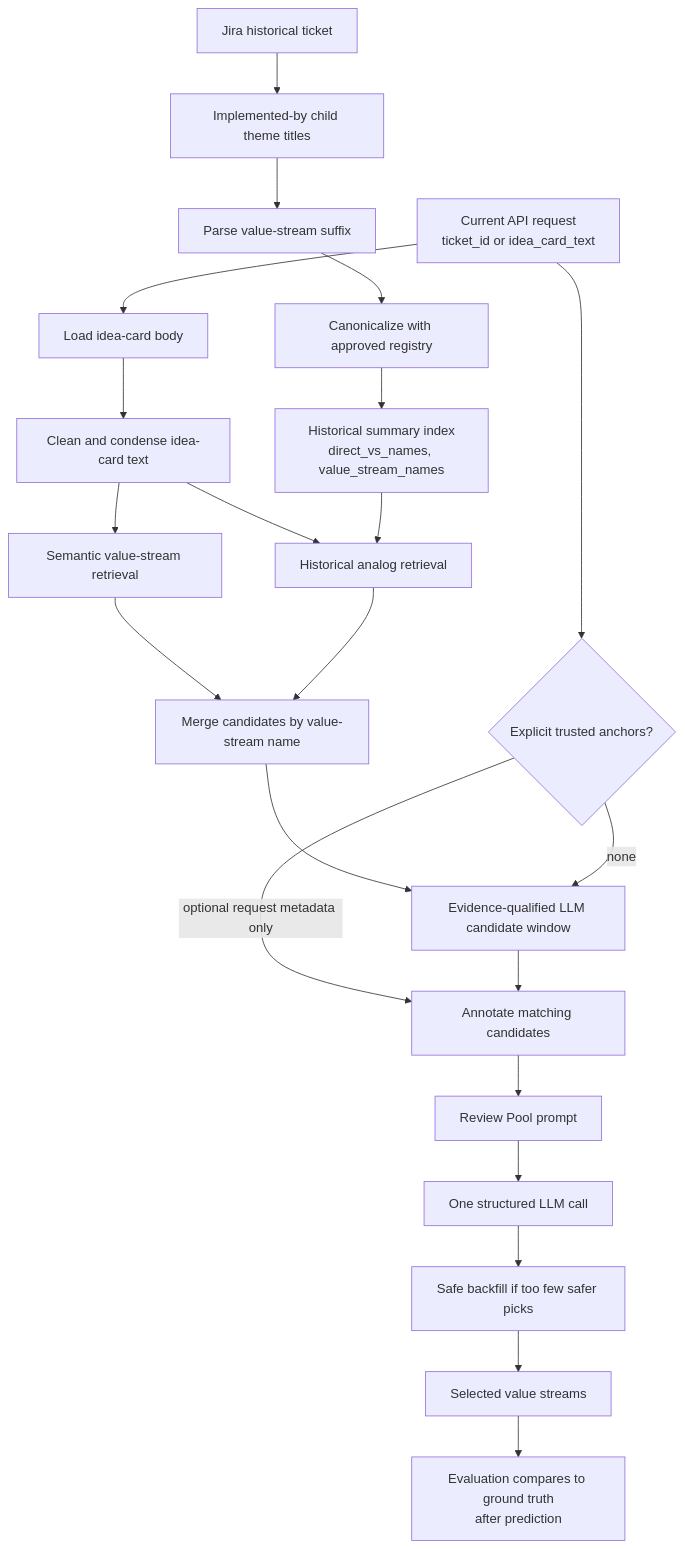
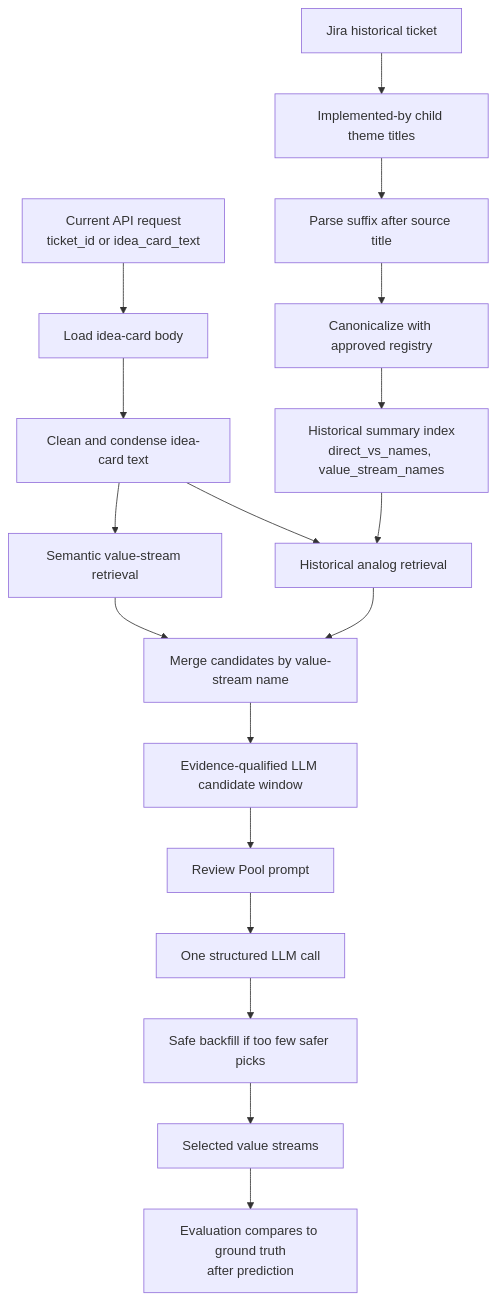
Before and after one commit to Soul-Eater69/vs: the diagram in docs/rag_value_stream_architecture.md, drawn with Mermaid. The commit also changed other lines of this file and 15 other files, not shown here.

````diff
--- a/docs/rag_value_stream_architecture.md
+++ b/docs/rag_value_stream_architecture.md
@@ -27,29 +27,22 @@
 ```mermaid
 flowchart TD
     A[Jira historical ticket] --> B[Implemented-by child theme titles]
-    B --> C[Parse value-stream suffix]
+    B --> C[Parse suffix after source title]
     C --> D[Canonicalize with approved registry]
     D --> E[Historical summary index<br/>direct_vs_names, value_stream_names]
 
     F[Current API request<br/>ticket_id or idea_card_text] --> G[Load idea-card body]
     G --> H[Clean and condense idea-card text]
     H --> I[Semantic value-stream retrieval]
     H --> J[Historical analog retrieval]
     E --> J
 
     I --> K[Merge candidates by value-stream name]
     J --> K
     K --> L[Evidence-qualified LLM candidate window]
-
-    F --> M{Explicit trusted anchors?}
-    M -->|optional request metadata only| N[Annotate matching candidates]
-    M -->|none| L
-    L --> N
-
-    N --> O[Review Pool prompt]
-    O --> P[One structured LLM call]
-    P --> Q[Safe backfill if too few safer picks]
-    Q --> R[Selected value streams]
-
-    R --> S[Evaluation compares to ground truth<br/>after prediction]
+    L --> M[Review Pool prompt]
+    M --> N[One structured LLM call]
+    N --> O[Safe backfill if too few safer picks]
+    O --> P[Selected value streams]
+    P --> Q[Evaluation compares to ground truth<br/>after prediction]
 ```
````
